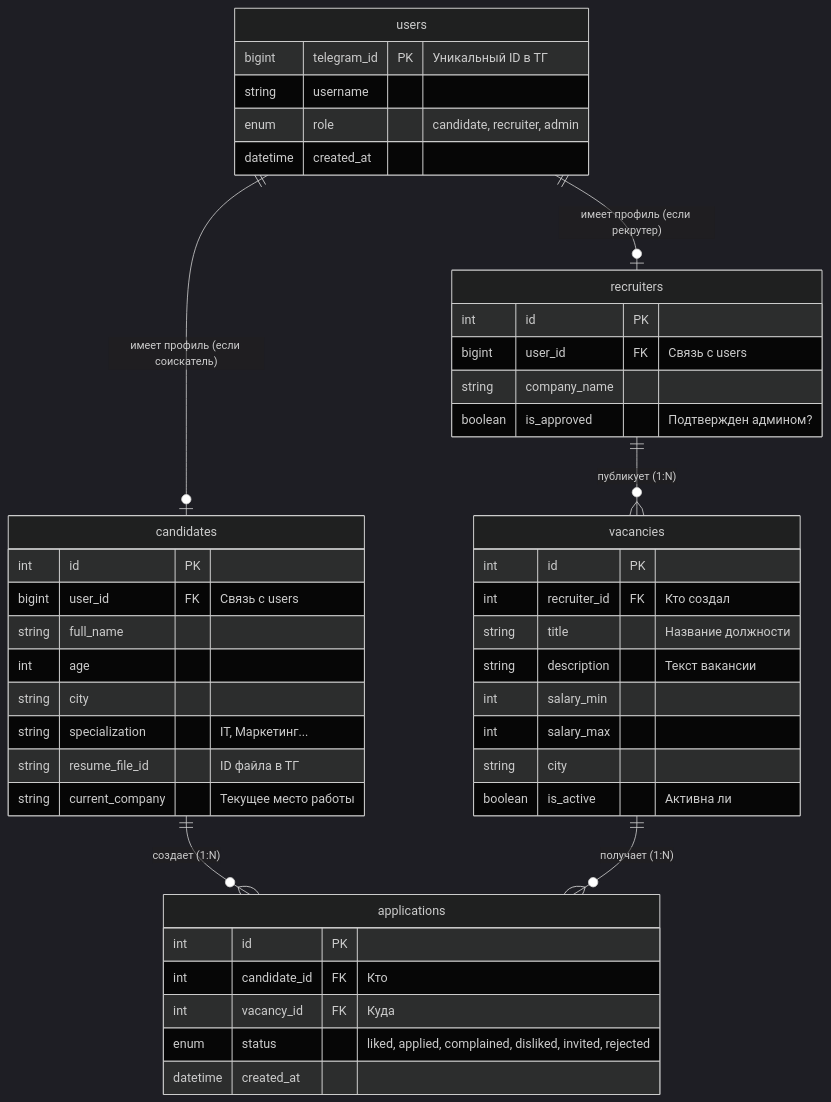
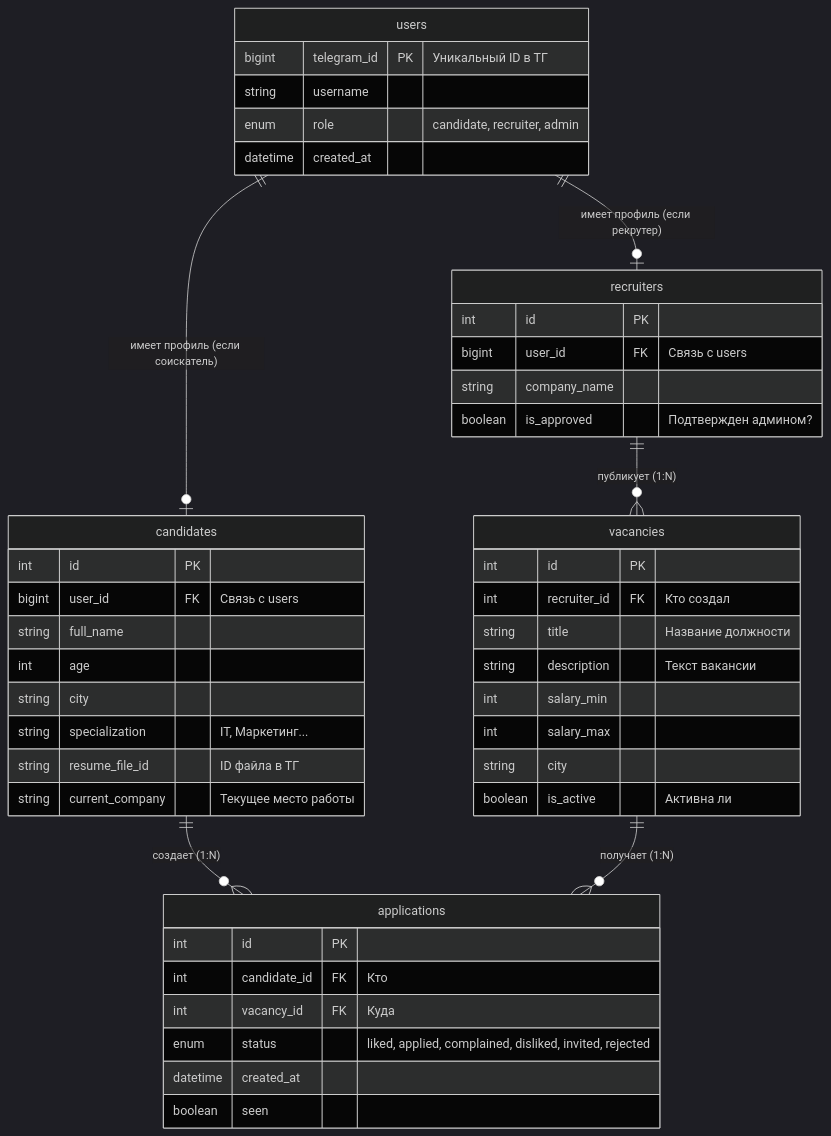
One commit to ALEKSEY-MERCEDES/vacancies-service-team changed the second of 2 diagrams in README.md. Above: the diagram before and after it, drawn with Mermaid (dark theme). The commit also changed other lines of this file, not shown here.

````diff
--- a/README.md
+++ b/README.md
@@ -51,52 +53,53 @@
 ```mermaid
 erDiagram
     users ||--o| candidates : "имеет профиль (если соискатель)"
     users ||--o| recruiters : "имеет профиль (если рекрутер)"
     recruiters ||--o{ vacancies : "публикует (1:N)"
     candidates ||--o{ applications : "создает (1:N)"
     vacancies ||--o{ applications : "получает (1:N)"
 
     users {
         bigint telegram_id PK "Уникальный ID в ТГ"
         string username
         enum role "candidate, recruiter, admin"
         datetime created_at
     }
 
     candidates {
         int id PK
         bigint user_id FK "Связь с users"
         string full_name
         int age
         string city
         string specialization "IT, Маркетинг..."
         string resume_file_id "ID файла в ТГ"
         string current_company "Текущее место работы"
     }
 
     recruiters {
         int id PK
         bigint user_id FK "Связь с users"
         string company_name
         boolean is_approved "Подтвержден админом?"
     }
 
     vacancies {
         int id PK
         int recruiter_id FK "Кто создал"
         string title "Название должности"
         string description "Текст вакансии"
         int salary_min
         int salary_max
         string city
         boolean is_active "Активна ли"
     }
 
     applications {
         int id PK
         int candidate_id FK "Кто"
         int vacancy_id FK "Куда"
         enum status "liked, applied, complained, disliked, invited, rejected"
         datetime created_at
+        boolean seen
     }
 ```
````
